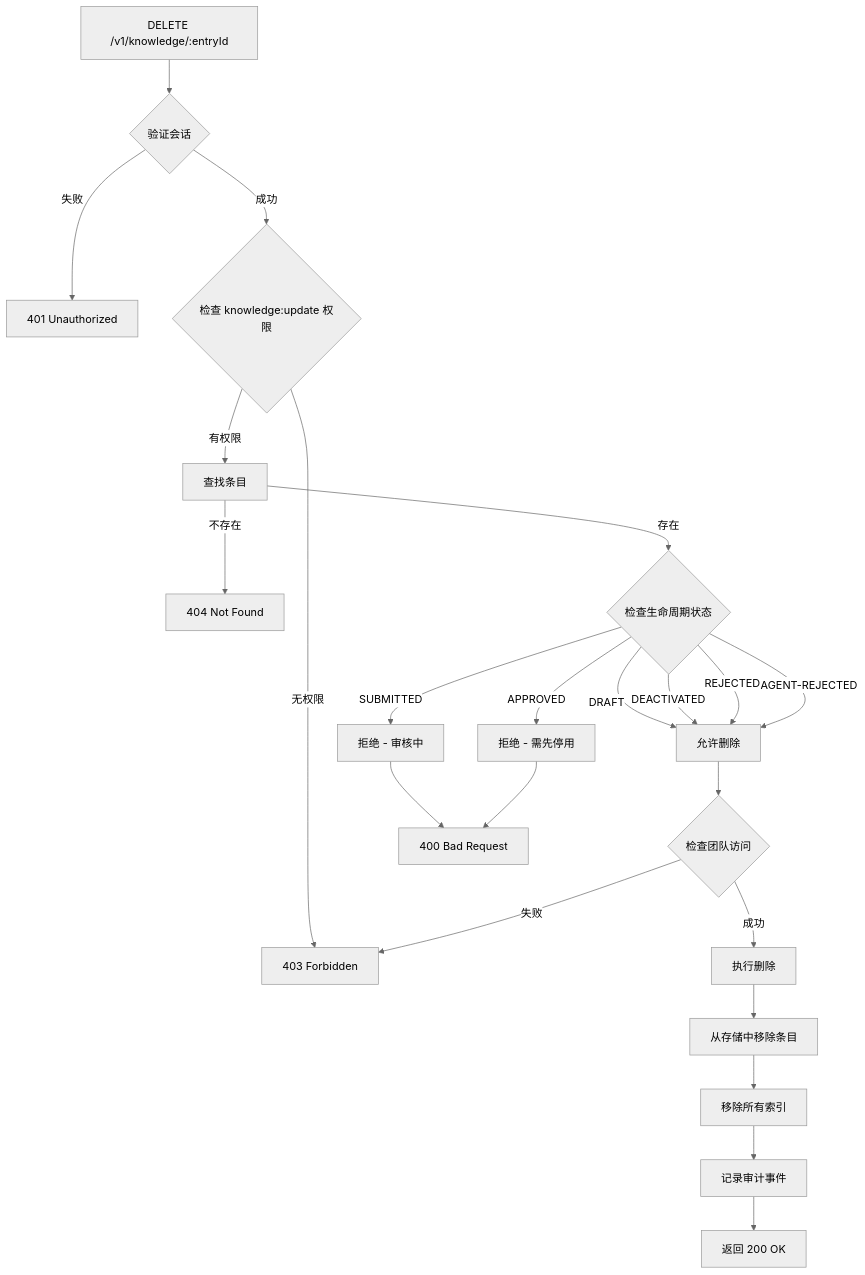
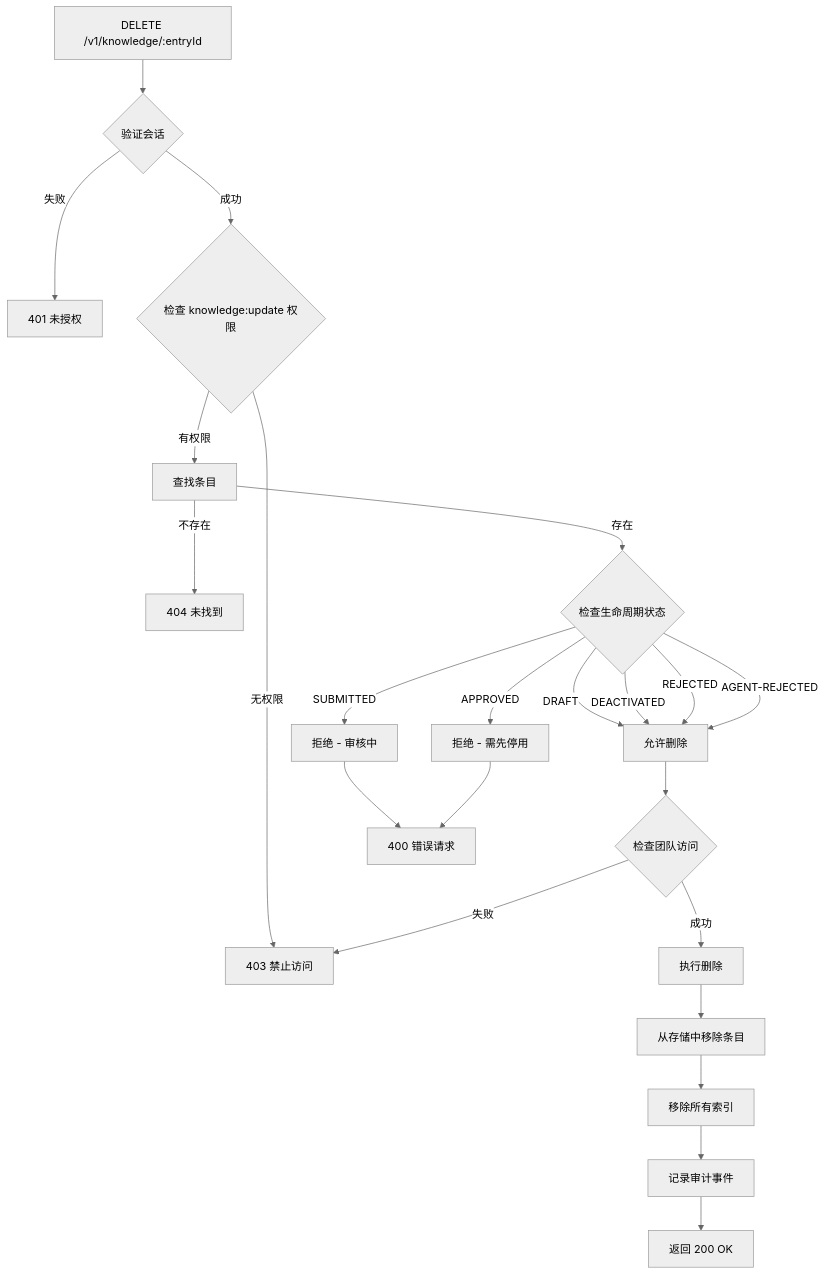
Before and after one commit to pofossette/TrapMap-for-vibing: the first of 4 diagrams in docs/architecture/components/DELETION.md, drawn with Mermaid (neutral theme). The commit also changed other lines of this file and 11 other files, not shown here.

First line of the commit message:
docs: 转换 ASCII 框图为 Mermaid flowchart tb + subgraph，翻译已有 Mermaid 图表为简体中文

````diff
--- a/docs/architecture/components/DELETION.md
+++ b/docs/architecture/components/DELETION.md
@@ -40,29 +40,29 @@
 ```mermaid
 flowchart TD
     A[DELETE /v1/knowledge/:entryId] --> B{验证会话}
-    B -->|失败| C[401 Unauthorized]
+    B -->|失败| C[401 未授权]
     B -->|成功| D{检查 knowledge:update 权限}
-    D -->|无权限| E[403 Forbidden]
+    D -->|无权限| E[403 禁止访问]
     D -->|有权限| F[查找条目]
-    F -->|不存在| G[404 Not Found]
+    F -->|不存在| G[404 未找到]
     F -->|存在| H{检查生命周期状态}
     
     H -->|DRAFT| I[允许删除]
     H -->|SUBMITTED| J[拒绝 - 审核中]
     H -->|APPROVED| K[拒绝 - 需先停用]
     H -->|DEACTIVATED| I
     H -->|REJECTED| I
     H -->|AGENT-REJECTED| I
     
     I --> L{检查团队访问}
     L -->|失败| E
     L -->|成功| M[执行删除]
     
     M --> N[从存储中移除条目]
     N --> O[移除所有索引]
     O --> P[记录审计事件]
     P --> Q[返回 200 OK]
     
-    J --> R[400 Bad Request]
+    J --> R[400 错误请求]
     K --> R
 ```
````
